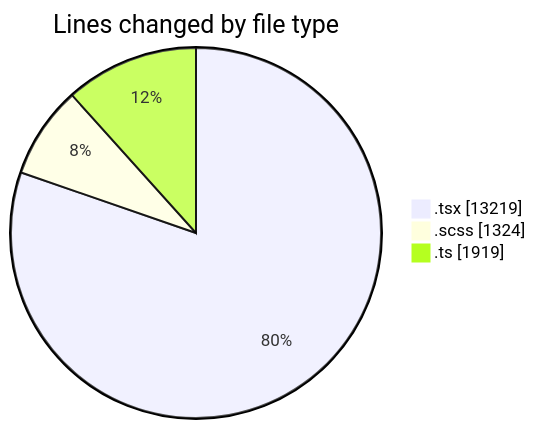
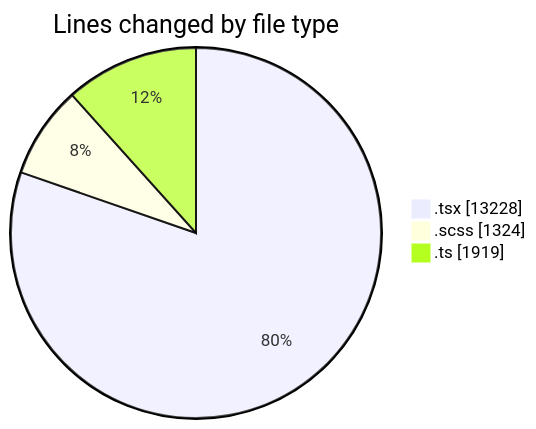
One commit to momahboobian/code-tracking changed the first of 2 diagrams in 2026-05-01/cda/README.md. Above: the diagram before and after it, drawn with Mermaid. The commit also changed other lines of this file and 1 other file, not shown here.

````diff
--- a/2026-05-01/cda/README.md
+++ b/2026-05-01/cda/README.md
@@ -65,7 +65,7 @@
 ```mermaid
 pie showData
 title Lines changed by file type
-".tsx" : 13219
+".tsx" : 13228
 ".scss" : 1324
 ".ts" : 1919
 ```
````
